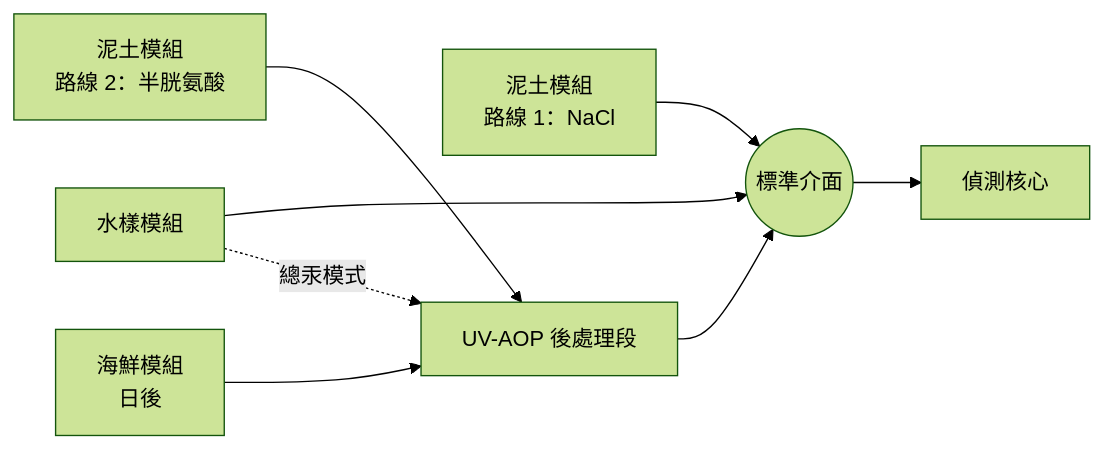
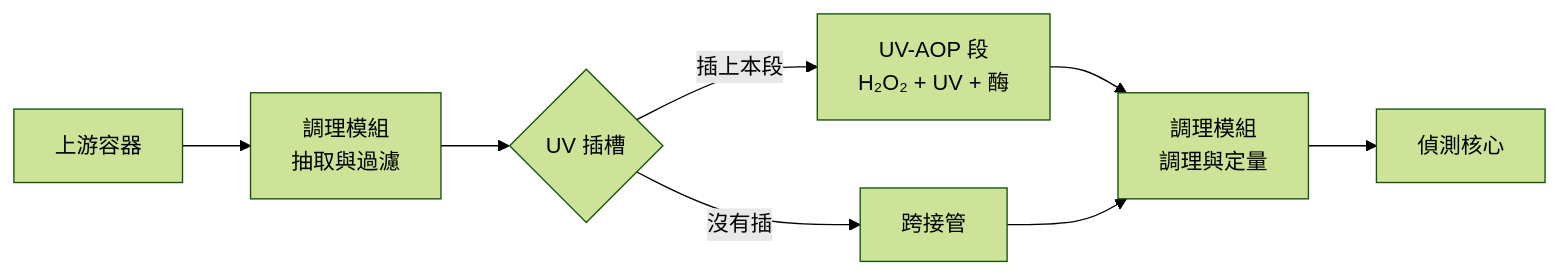
Before and after one commit to davidlueng986-alt/igem-mercury-extraction-platform: the first of 3 diagrams in docs/02-uv-aop-module.md, drawn with Mermaid (forest theme). The commit also changed other lines of this file and 1 other file, not shown here.

First line of the commit message:
Add UV-AOP insert and standard conditioning (water) module plans

````diff
--- a/docs/02-uv-aop-module.md
+++ b/docs/02-uv-aop-module.md
@@ -72,10 +70,10 @@
 ```mermaid
 flowchart LR
-  A[泥土模組<br/>路線 1：NaCl] --> IF((標準介面))
-  B[水樣模組] --> IF
-  C[泥土模組<br/>路線 2：半胱氨酸] --> UV[UV-AOP 後處理段]
-  D[海鮮模組<br/>日後] --> UV
-  B -.總汞模式.-> UV
-  UV --> IF
-  IF --> E[偵測核心]
+  A[上游容器] --> F[調理模組<br/>抽取與過濾]
+  F --> SL{UV 插槽}
+  SL -->|插上本段| UV[UV-AOP 段<br/>H₂O₂ + UV + 酶]
+  SL -->|沒有插| J[跨接管]
+  UV --> C[調理模組<br/>調理與定量]
+  J --> C
+  C --> D[偵測核心]
 ```
````
